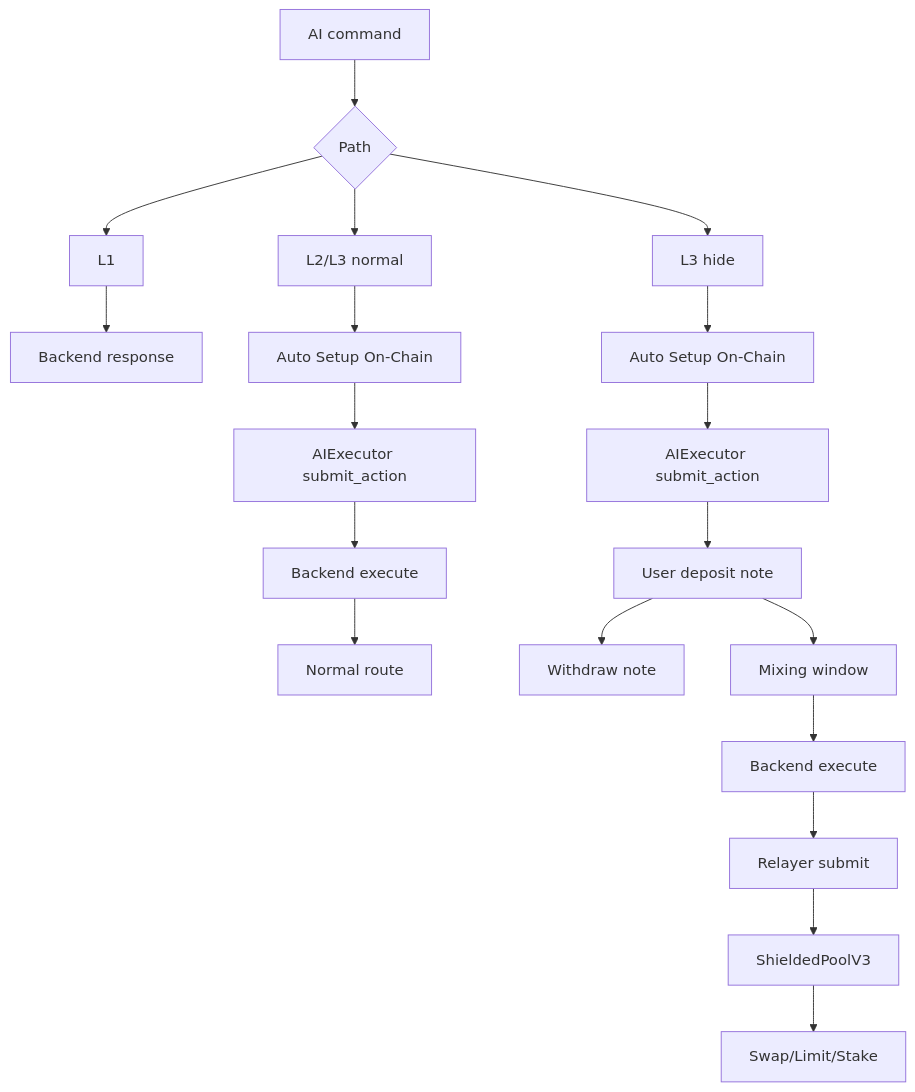
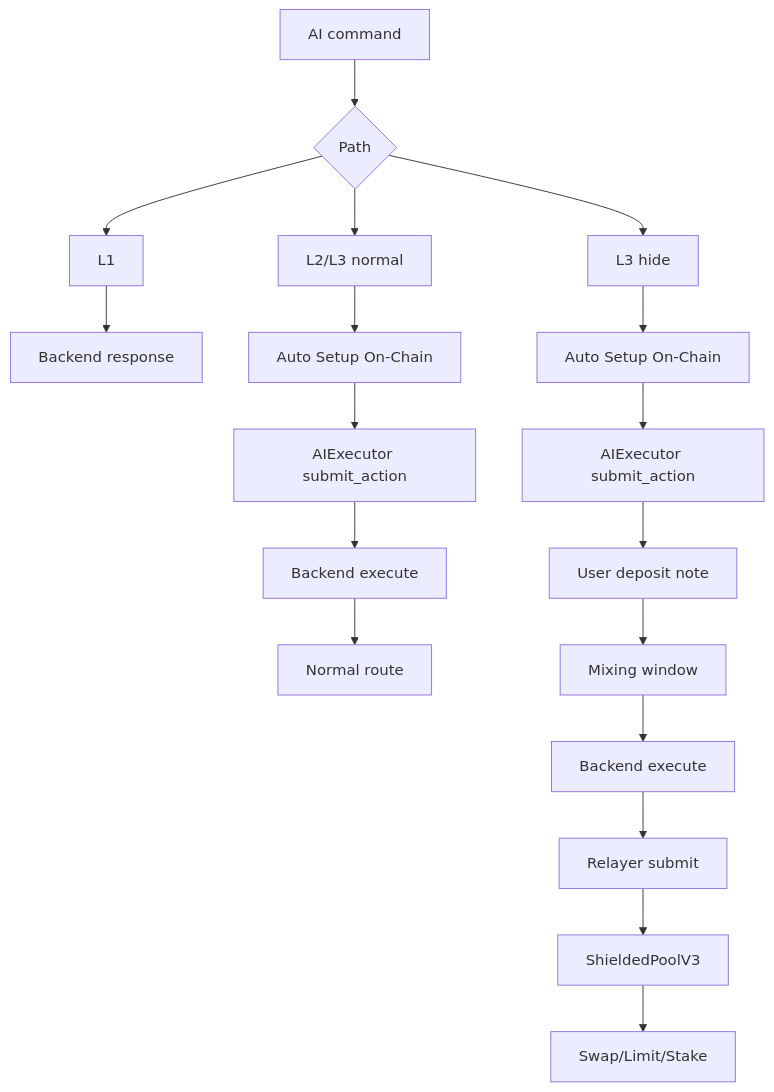
One commit to ntfound-dev/zkcarel_protocol changed the sixth of 7 diagrams in README.md. Above: the diagram before and after it, drawn with Mermaid. The commit also changed other lines of this file and 1 other file, not shown here.

Commit message:
docs: clarify stakingbtc and ai hide flow

````diff
--- a/README.md
+++ b/README.md
@@ -231,24 +231,23 @@
 ```mermaid
 flowchart TD
   A[AI command] --> B{Path}
 
   B --> C[L1]
   C --> C1[Backend response]
 
   B --> D[L2/L3 normal]
   D --> D1[Auto Setup On-Chain]
   D1 --> D2[AIExecutor submit_action]
   D2 --> D3[Backend execute]
   D3 --> D4[Normal route]
 
   B --> E[L3 hide]
   E --> E1[Auto Setup On-Chain]
   E1 --> E2[AIExecutor submit_action]
   E2 --> E3[User deposit note]
-  E3 --> EW[Withdraw note]
   E3 --> E4[Mixing window]
   E4 --> E5[Backend execute]
   E5 --> E6[Relayer submit]
   E6 --> E7[ShieldedPoolV3]
   E7 --> E8[Swap/Limit/Stake]
 ```
````
